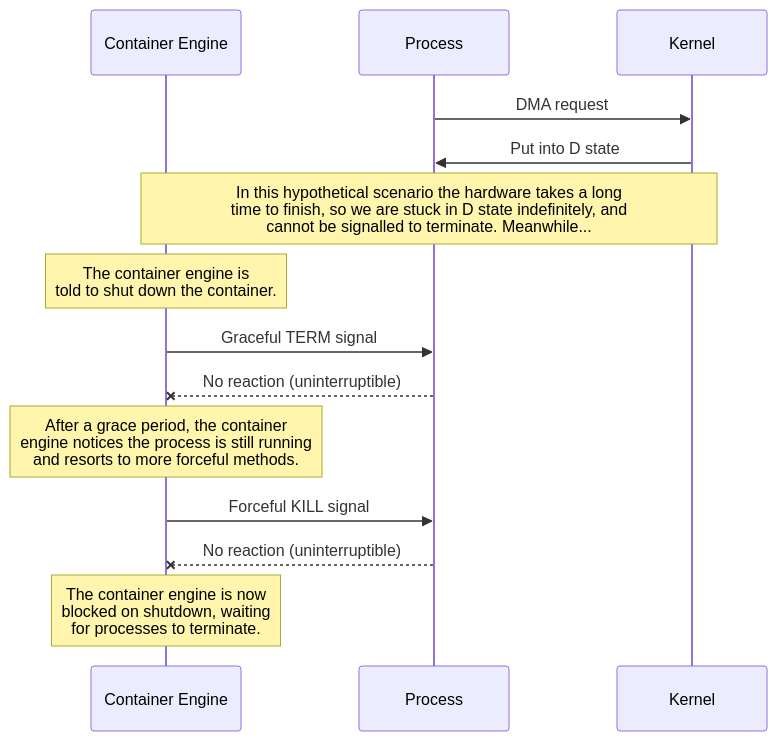
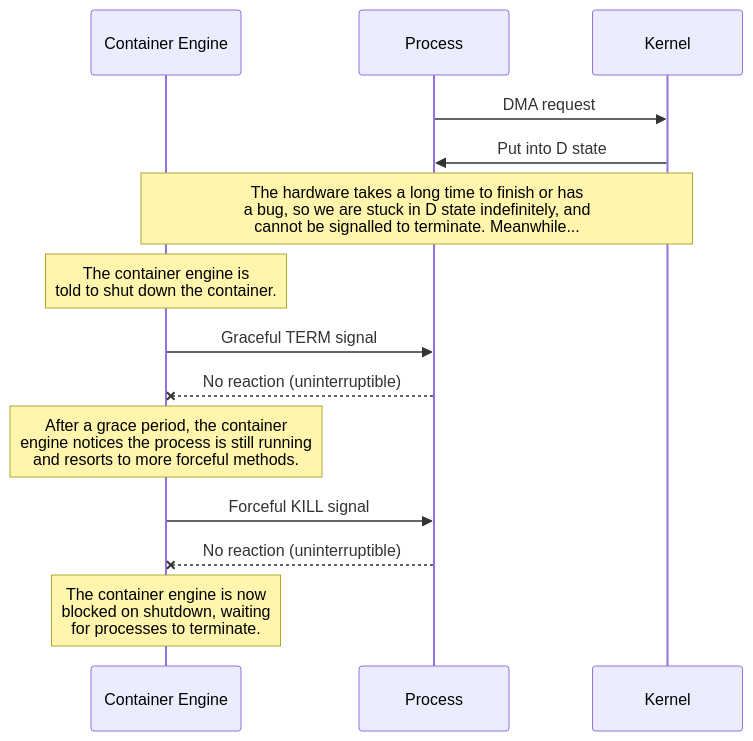
The diagram in _posts_todo/2024-01-23-reliably-creating-d-state-processes-on-demand.md (cdown/chrisdown.name), drawn with Mermaid before and after one commit. The commit also changed other lines of this file, not shown here.

```diff
--- a/_posts_todo/2024-01-23-reliably-creating-d-state-processes-on-demand.md
+++ b/_posts_todo/2024-01-23-reliably-creating-d-state-processes-on-demand.md
@@ -67,22 +67,22 @@
 <div class="mermaid">
 sequenceDiagram
     participant CE as Container Engine
     participant P as Process
     participant K as Kernel
 
     P->>K: DMA request
     K->>P: Put into D state
 
-    Note over CE,K: In this hypothetical scenario the hardware takes a long<br>time to finish, so we are stuck in D state indefinitely, and<br>cannot be signalled to terminate. Meanwhile...
+    Note over CE,K: The hardware takes a long time to finish or has<br>a bug, so we are stuck in D state indefinitely, and<br>cannot be signalled to terminate. Meanwhile...
 
     Note over CE: The container engine is<br>told to shut down the container.
     CE->>P: Graceful TERM signal
     P--xCE: No reaction (uninterruptible)
 
     Note over CE: After a grace period, the container<br>engine notices the process is still running<br>and resorts to more forceful methods.
 
     CE->>P: Forceful KILL signal
     P--xCE: No reaction (uninterruptible)
 
     Note over CE: The container engine is now<br>blocked on shutdown, waiting<br>for processes to terminate.
 </div>
```
